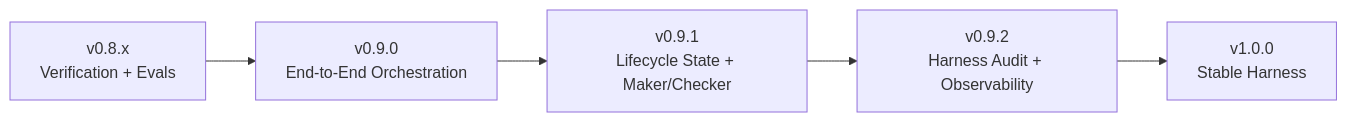
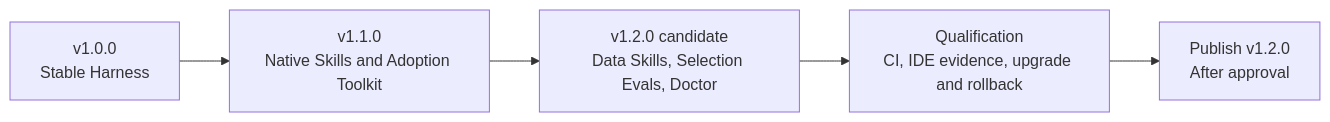
The fourth of 5 diagrams in README.md (franciscofunes/copilot-harness), drawn with Mermaid before and after one commit. The commit also changed other lines of this file, not shown here.

Commit message:
docs: align README.md with v1.2.0 native skills and release status

````diff
--- a/README.md
+++ b/README.md
@@ -122,7 +122,7 @@
 ```mermaid
 flowchart LR
-    A["v0.8.x<br/>Verification + Evals"] --> B["v0.9.0<br/>End-to-End Orchestration"]
-    B --> C["v0.9.1<br/>Lifecycle State + Maker/Checker"]
-    C --> D["v0.9.2<br/>Harness Audit + Observability"]
-    D --> E["v1.0.0<br/>Stable Harness"]
+    A["v1.0.0<br/>Stable Harness"] --> B["v1.1.0<br/>Native Skills and Adoption Toolkit"]
+    B --> C["v1.2.0 candidate<br/>Data Skills, Selection Evals, Doctor"]
+    C --> D["Qualification<br/>CI, IDE evidence, upgrade and rollback"]
+    D --> E["Publish v1.2.0<br/>After approval"]
 ```
````
